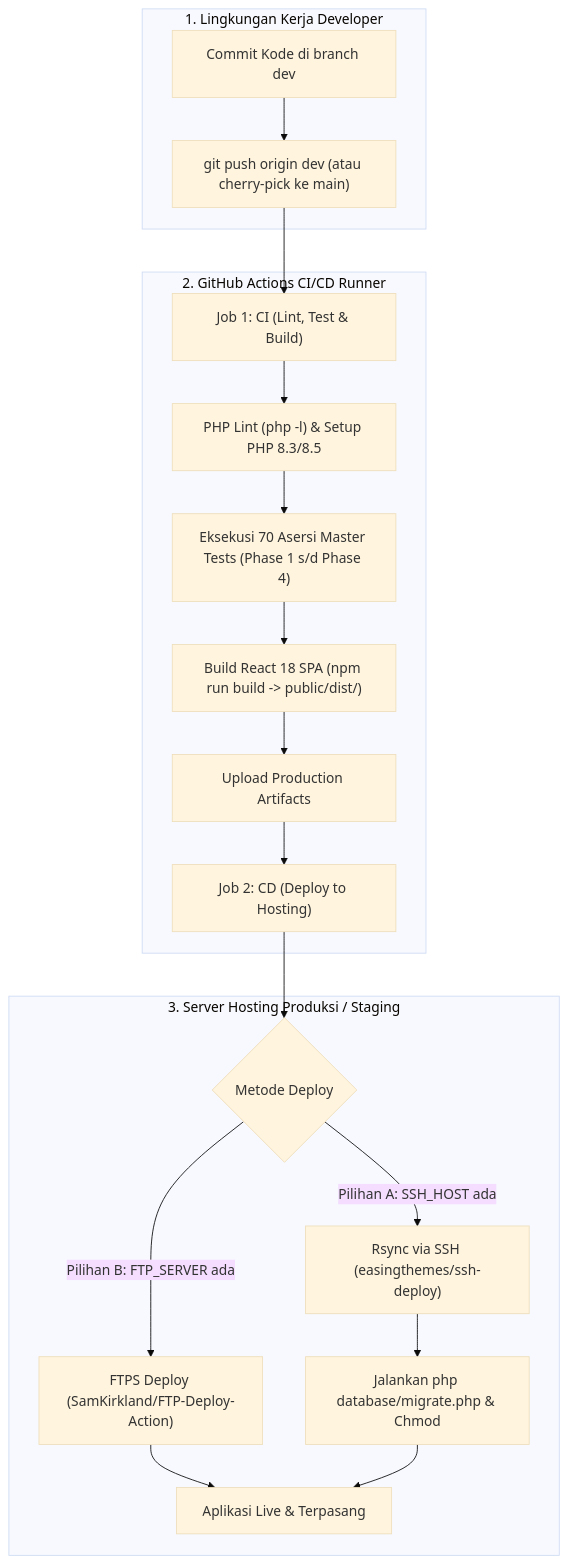
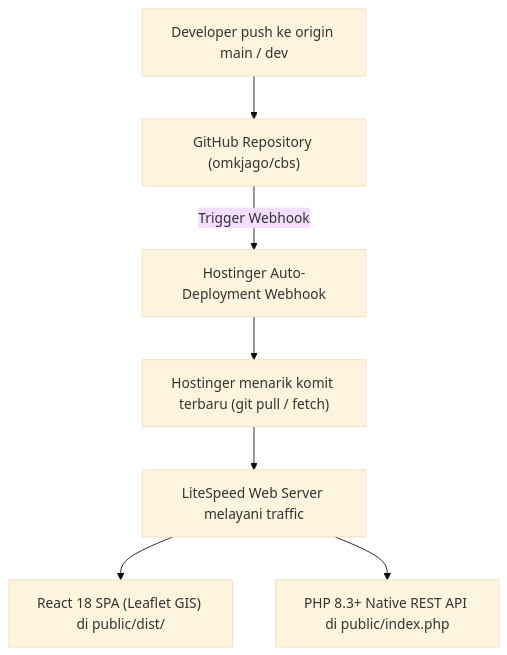
Before and after one commit to omkjago/cbs: the diagram in doc/deployment-guide.md, drawn with Mermaid (base theme). The commit also changed other lines of this file, not shown here.

Commit message:
docs: update deployment guide for Hostinger Git deployment

````diff
--- a/doc/deployment-guide.md
+++ b/doc/deployment-guide.md
@@ -12,24 +12,9 @@
 ```mermaid
 flowchart TD
-    subgraph Local ["1. Lingkungan Kerja Developer"]
-        DevCode["Commit Kode di branch dev"] --> GitPush["git push origin dev (atau cherry-pick ke main)"]
-    end
-
-    subgraph GitHubActions ["2. GitHub Actions CI/CD Runner"]
-        GitPush --> CIJob["Job 1: CI (Lint, Test & Build)"]
-        CIJob --> PHPCheck["PHP Lint (php -l) & Setup PHP 8.3/8.5"]
-        PHPCheck --> AutoTests["Eksekusi 70 Asersi Master Tests (Phase 1 s/d Phase 4)"]
-        AutoTests --> ViteBuild["Build React 18 SPA (npm run build -> public/dist/)"]
-        ViteBuild --> UploadArtifact["Upload Production Artifacts"]
-        UploadArtifact --> CDJob["Job 2: CD (Deploy to Hosting)"]
-    end
-
-    subgraph HostingServer ["3. Server Hosting Produksi / Staging"]
-        CDJob --> CheckMethod{"Metode Deploy"}
-        CheckMethod -- "Pilihan A: SSH_HOST ada" --> SSHRsync["Rsync via SSH (easingthemes/ssh-deploy)"]
-        CheckMethod -- "Pilihan B: FTP_SERVER ada" --> FTPSDeploy["FTPS Deploy (SamKirkland/FTP-Deploy-Action)"]
-        SSHRsync --> RemoteTasks["Jalankan php database/migrate.php & Chmod"]
-        FTPSDeploy --> ServerReady["Aplikasi Live & Terpasang"]
-        RemoteTasks --> ServerReady
-    end
+    Dev["Developer push ke origin main / dev"] --> GitHub["GitHub Repository (omkjago/cbs)"]
+    GitHub -->|Trigger Webhook| HostingerHook["Hostinger Auto-Deployment Webhook"]
+    HostingerHook --> GitPull["Hostinger menarik komit terbaru (git pull / fetch)"]
+    GitPull --> LiteSpeed["LiteSpeed Web Server melayani traffic"]
+    LiteSpeed --> SPA["React 18 SPA (Leaflet GIS) di public/dist/"]
+    LiteSpeed --> API["PHP 8.3+ Native REST API di public/index.php"]
 ```
````
